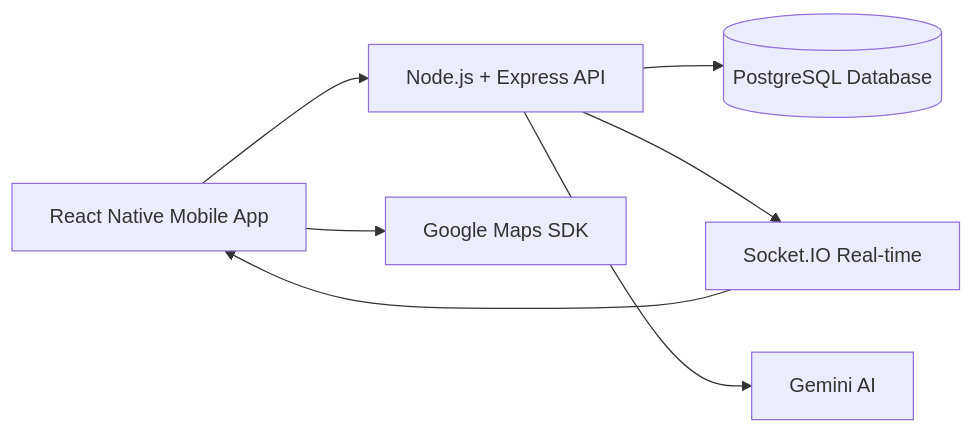
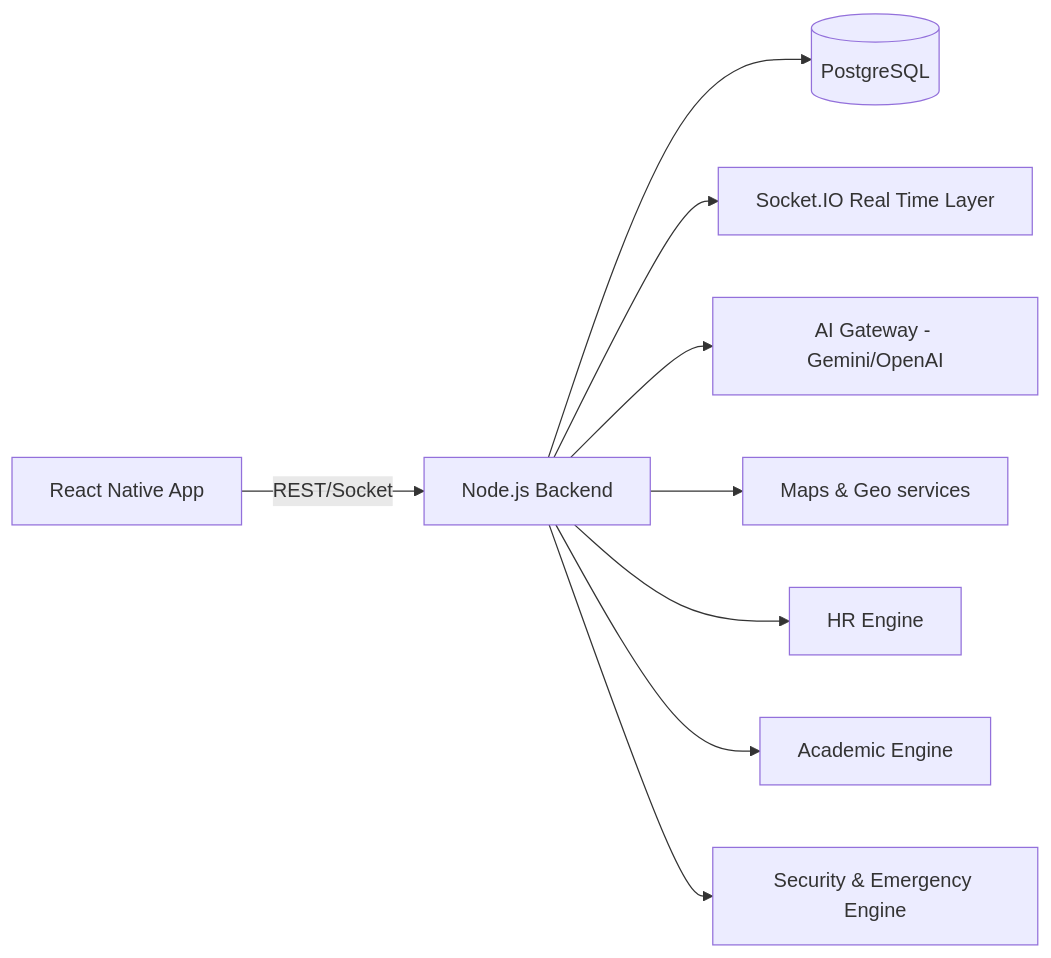
Before and after one commit to priyanshumishra610/CampusIQ: the second of 2 diagrams in README.md, drawn with Mermaid. The commit also changed other lines of this file, not shown here.

````diff
--- a/README.md
+++ b/README.md
@@ -171,16 +228,11 @@
 ```mermaid
 flowchart LR
-    MobileApp[React Native Mobile App]
-    Backend[Node.js + Express API]
-    PostgreSQL[(PostgreSQL Database)]
-    SocketIO[Socket.IO Real-time]
-    AI[Gemini AI]
-    Maps[Google Maps SDK]
-
-    MobileApp --> Backend
-    Backend --> PostgreSQL
-    Backend --> SocketIO
-    Backend --> AI
-    MobileApp --> Maps
-    SocketIO --> MobileApp
+A[React Native App] -->|REST/Socket| B[Node.js Backend]
+B --> C[(PostgreSQL)]
+B --> D[Socket.IO Real Time Layer]
+B --> E[AI Gateway - Gemini/OpenAI]
+B --> F[Maps & Geo services]
+B --> G[HR Engine]
+B --> H[Academic Engine]
+B --> I[Security & Emergency Engine]
 ```
````
